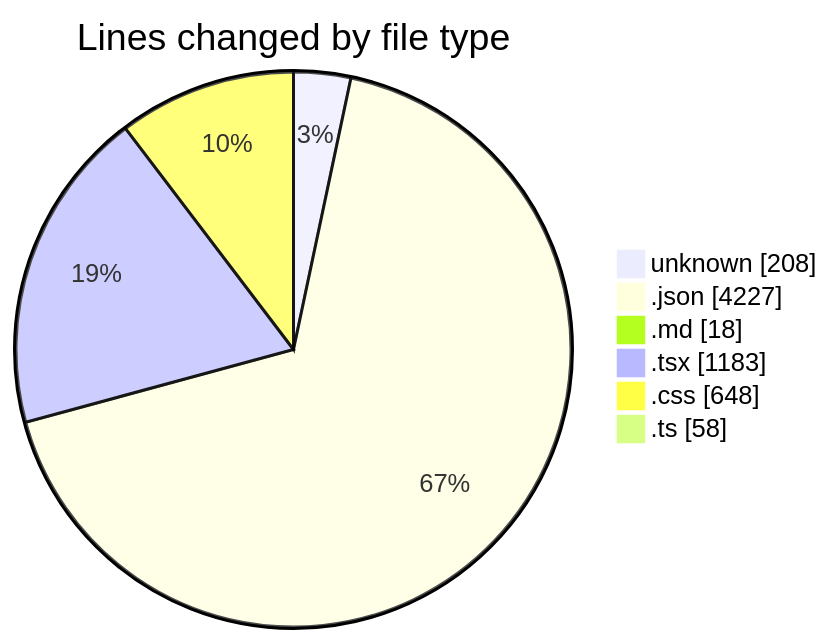
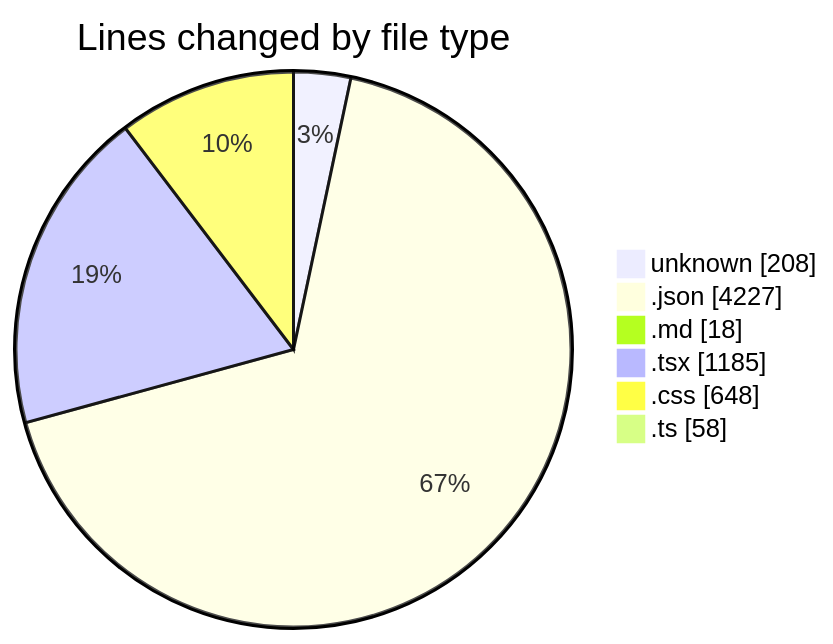
Before and after one commit to EIIisD/code-tracking: the first of 2 diagrams in 2025-08-07/ribbon/README.md, drawn with Mermaid. The commit also changed other lines of this file and 1 other file, not shown here.

````diff
--- a/2025-08-07/ribbon/README.md
+++ b/2025-08-07/ribbon/README.md
@@ -36,10 +36,10 @@
 ```mermaid
 pie showData
 title Lines changed by file type
 "unknown" : 208
 ".json" : 4227
 ".md" : 18
-".tsx" : 1183
+".tsx" : 1185
 ".css" : 648
 ".ts" : 58
 ```
````
